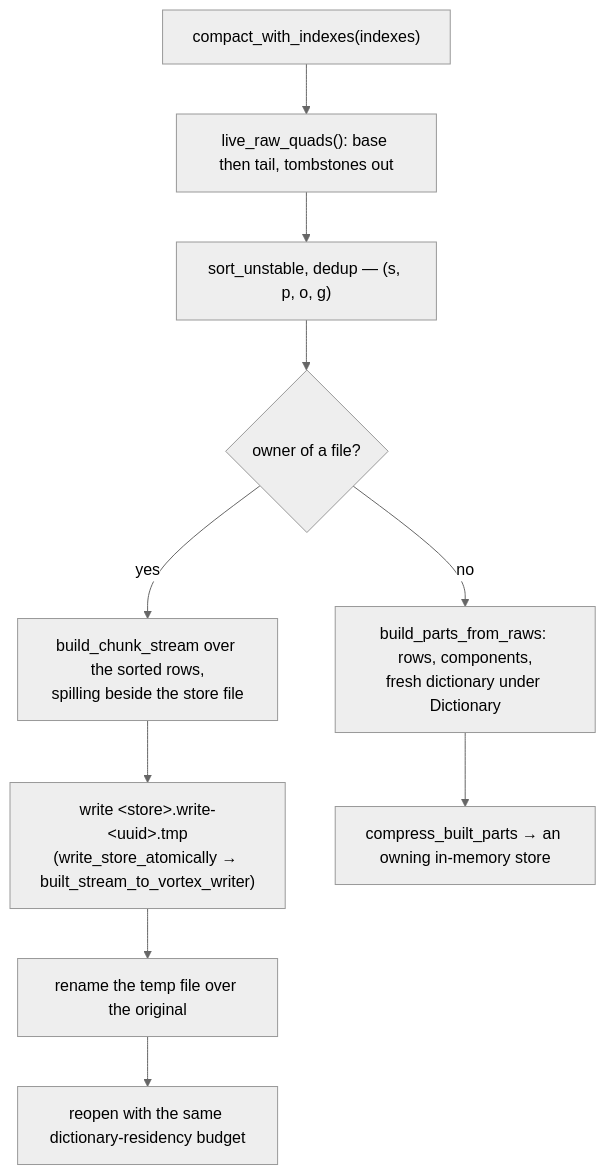
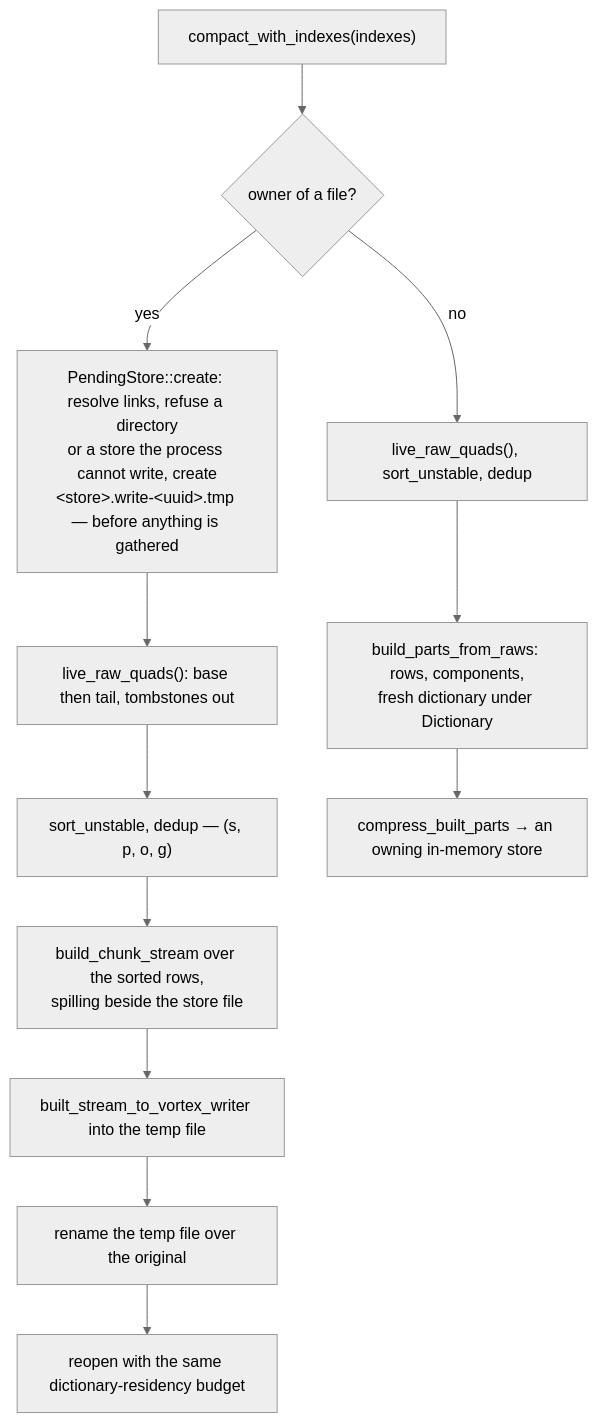
The fourth of 4 diagrams in docs/mutations.md (vortex-rdf/vortex-rdf), drawn with Mermaid (neutral theme) before and after one commit. The commit also changed other lines of this file and 6 other files, not shown here.

````diff
--- a/docs/mutations.md
+++ b/docs/mutations.md
@@ -199,12 +199,14 @@
 ```mermaid
 flowchart TD
-    C["compact_with_indexes(indexes)"] --> L["live_raw_quads(): base then tail, tombstones out"]
+    C["compact_with_indexes(indexes)"] --> O{"owner of a file?"}
+    O -- "yes" --> P["PendingStore::create: resolve links, refuse a directory<br/>or a store the process cannot write, create<br/>&lt;store&gt;.write-&lt;uuid&gt;.tmp — before anything is gathered"]
+    P --> L["live_raw_quads(): base then tail, tombstones out"]
     L --> S["sort_unstable, dedup — (s, p, o, g)"]
-    S --> O{"owner of a file?"}
-    O -- "yes" --> F1["build_chunk_stream over the sorted rows,<br/>spilling beside the store file"]
-    F1 --> F2["write &lt;store&gt;.write-&lt;uuid&gt;.tmp<br/>(write_store_atomically → built_stream_to_vortex_writer)"]
+    S --> F1["build_chunk_stream over the sorted rows,<br/>spilling beside the store file"]
+    F1 --> F2["built_stream_to_vortex_writer into the temp file"]
     F2 --> F3["rename the temp file over the original"]
     F3 --> F4["reopen with the same dictionary-residency budget"]
-    O -- "no" --> M1["build_parts_from_raws: rows, components,<br/>fresh dictionary under Dictionary"]
+    O -- "no" --> L2["live_raw_quads(), sort_unstable, dedup"]
+    L2 --> M1["build_parts_from_raws: rows, components,<br/>fresh dictionary under Dictionary"]
     M1 --> M2["compress_built_parts → an owning in-memory store"]
 ```
````
